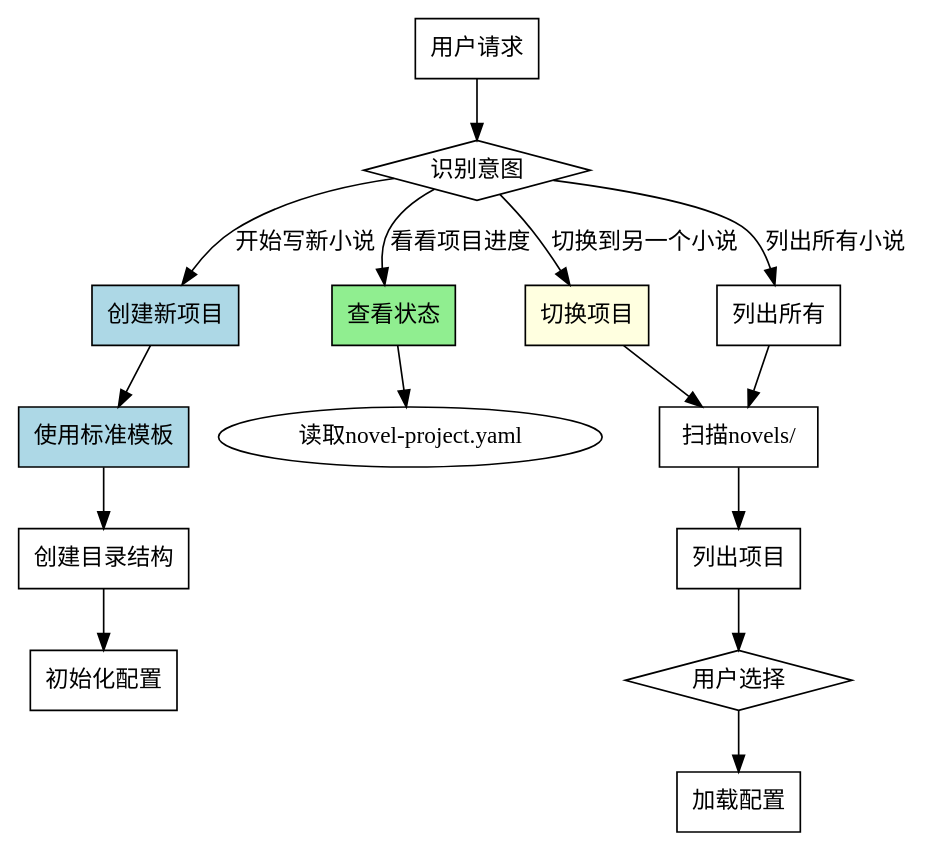
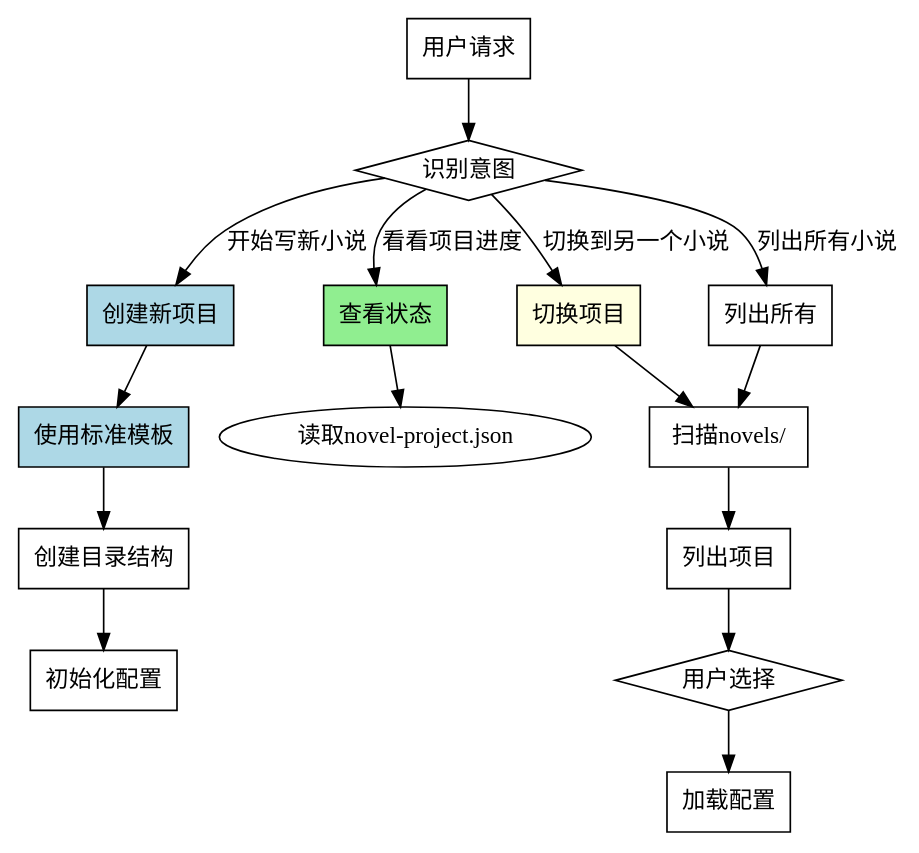
One commit to llklkl/novel changed the diagram in .opencode/skills/novel-project/SKILL.md. Above: the diagram before and after it, drawn with Graphviz. The commit also changed other lines of this file and 16 other files, not shown here.

Commit message:
fix: update all skill references from YAML to JSON format

````diff
--- a/.opencode/skills/novel-project/SKILL.md
+++ b/.opencode/skills/novel-project/SKILL.md
@@ -30,37 +30,37 @@
 ```dot
 digraph novel_project {
     rankdir=TB;
     
     "用户请求" [shape=box];
     "识别意图" [shape=diamond];
     "创建新项目" [shape=box, style=filled, fillcolor=lightblue];
     "切换项目" [shape=box, style=filled, fillcolor=lightyellow];
     "查看状态" [shape=box, style=filled, fillcolor=lightgreen];
     "列出所有" [shape=box];
     "使用标准模板" [shape=box, style=filled, fillcolor=lightblue];
     "创建目录结构" [shape=box];
     "初始化配置" [shape=box];
     "扫描novels/" [shape=box];
     "列出项目" [shape=box];
     "用户选择" [shape=diamond];
     "加载配置" [shape=box];
     
     "用户请求" -> "识别意图";
     "识别意图" -> "创建新项目" [label="开始写新小说"];
     "识别意图" -> "切换项目" [label="切换到另一个小说"];
     "识别意图" -> "查看状态" [label="看看项目进度"];
     "识别意图" -> "列出所有" [label="列出所有小说"];
     
     "创建新项目" -> "使用标准模板";
     "使用标准模板" -> "创建目录结构";
     "创建目录结构" -> "初始化配置";
     
     "切换项目" -> "扫描novels/";
     "扫描novels/" -> "列出项目";
     "列出项目" -> "用户选择";
     "用户选择" -> "加载配置";
     
-    "查看状态" -> "读取novel-project.yaml";
+    "查看状态" -> "读取novel-project.json";
     "列出所有" -> "扫描novels/";
 }
 ```
````
